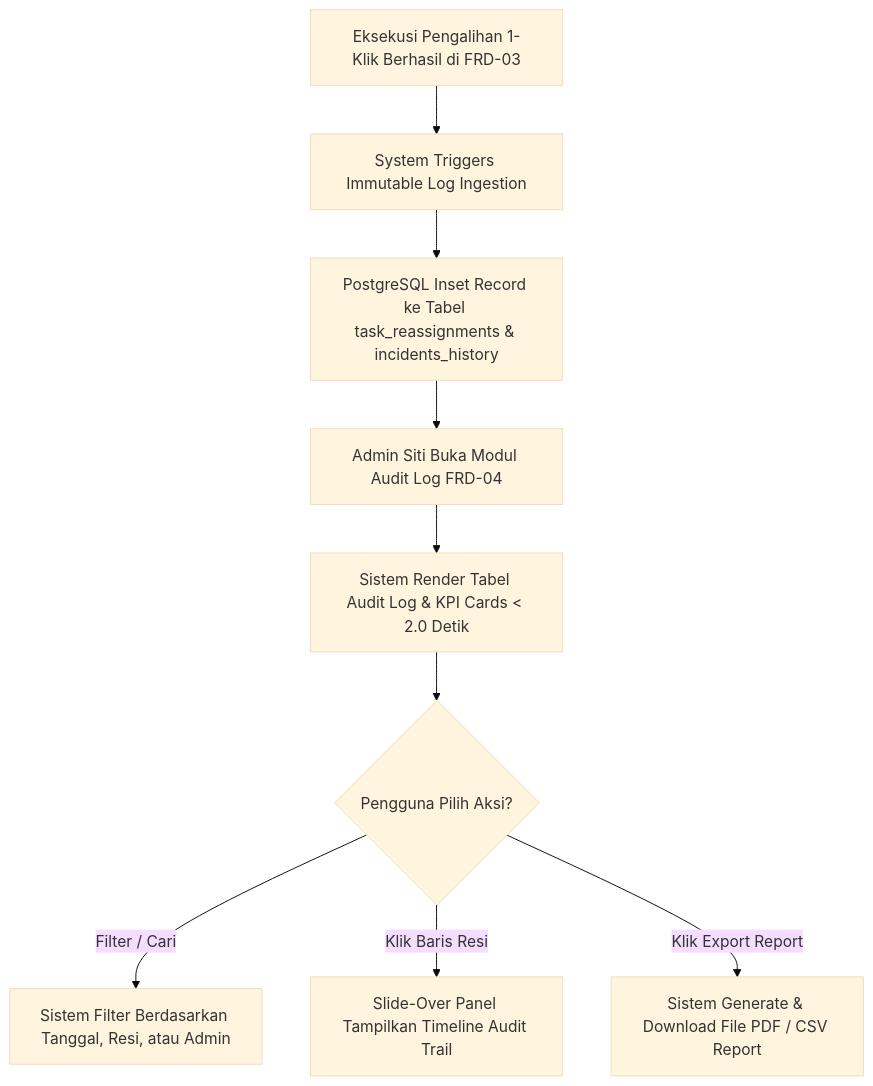
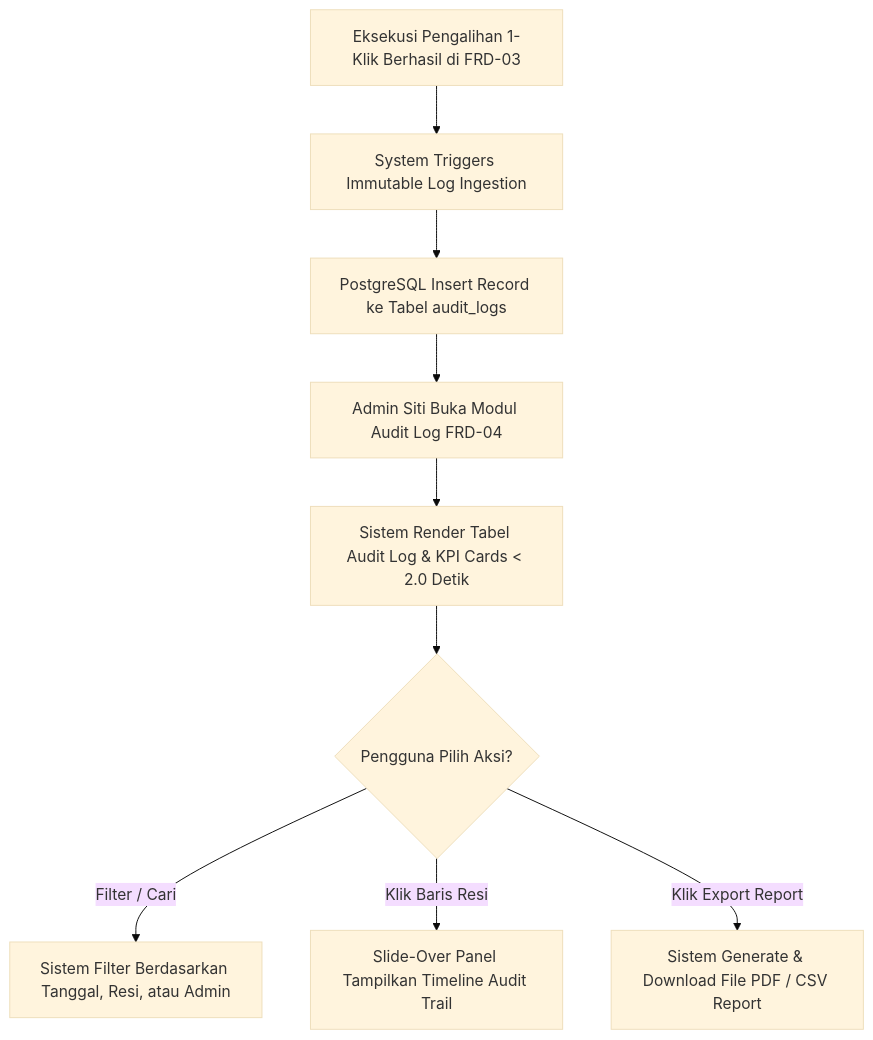
Before and after one commit to Ampasan/anteraja-capstone-naufalrakanramadhan: the diagram in docs/frd/FRD-04-audit-log-and-history.md, drawn with Mermaid (base theme). The commit also changed other lines of this file and 232 other files, not shown here.

````diff
--- a/docs/frd/FRD-04-audit-log-and-history.md
+++ b/docs/frd/FRD-04-audit-log-and-history.md
@@ -20,12 +19,12 @@
 ```mermaid
 graph TD
     A[Eksekusi Pengalihan 1-Klik Berhasil di FRD-03] --> B[System Triggers Immutable Log Ingestion]
-    B --> C[PostgreSQL Inset Record ke Tabel task_reassignments & incidents_history]
+    B --> C[PostgreSQL Insert Record ke Tabel audit_logs]
     C --> D[Admin Siti Buka Modul Audit Log FRD-04]
     D --> E[Sistem Render Tabel Audit Log & KPI Cards < 2.0 Detik]
     E --> F{Pengguna Pilih Aksi?}
     F -- Filter / Cari --> G[Sistem Filter Berdasarkan Tanggal, Resi, atau Admin]
     F -- Klik Baris Resi --> H[Slide-Over Panel Tampilkan Timeline Audit Trail]
     F -- Klik Export Report --> I[Sistem Generate & Download File PDF / CSV Report]
 
 ```
````
